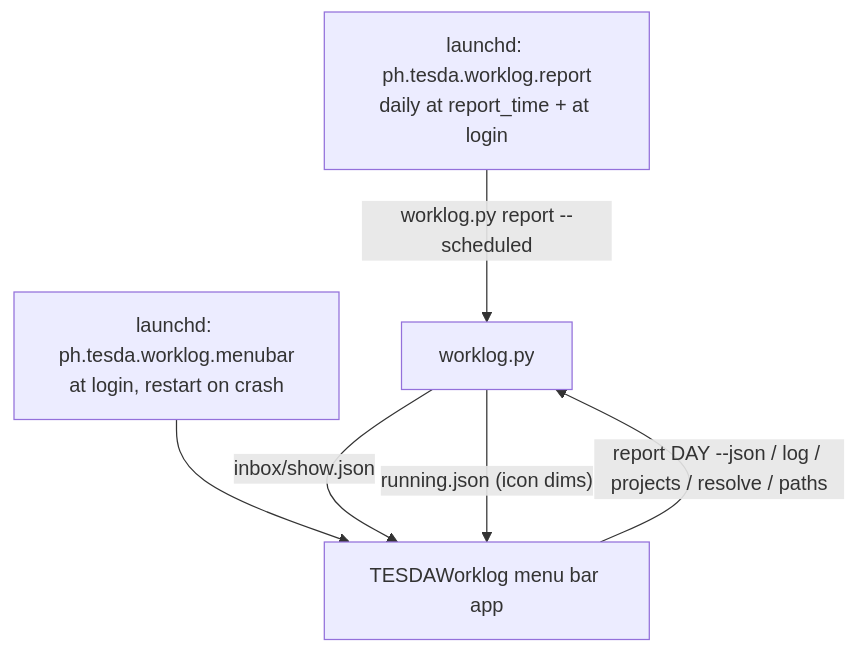
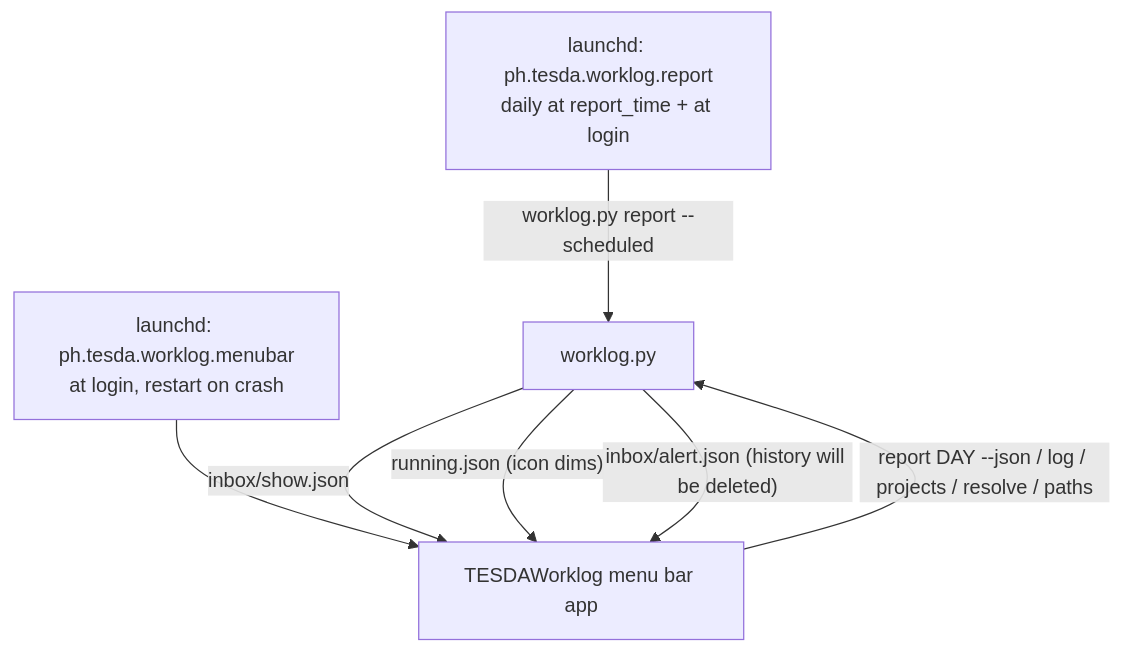
Before and after one commit to jewlmils/tesda-worklog: the second of 2 diagrams in docs/ARCHITECTURE.md, drawn with Mermaid. The commit also changed other lines of this file and 5 other files, not shown here.

````diff
--- a/docs/ARCHITECTURE.md
+++ b/docs/ARCHITECTURE.md
@@ -31,8 +33,9 @@
 ```mermaid
 flowchart TB
     L1["launchd: ph.tesda.worklog.report<br/>daily at report_time + at login"] -->|"worklog.py report --scheduled"| P[worklog.py]
     L2["launchd: ph.tesda.worklog.menubar<br/>at login, restart on crash"] --> A[TESDAWorklog menu bar app]
     A -->|"report DAY --json / log / projects / resolve / paths"| P
     P -->|"inbox/show.json"| A
     P -->|"running.json (icon dims)"| A
+    P -->|"inbox/alert.json (history will be deleted)"| A
 ```
````
